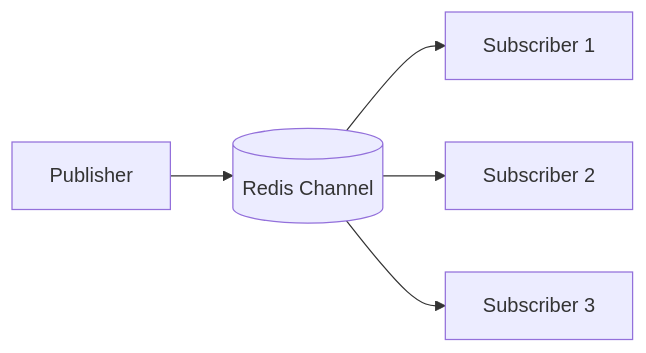
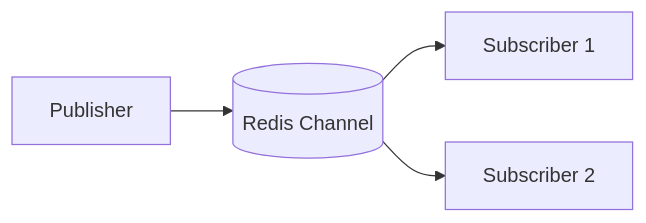
Before and after one commit to AvadhBhalodiya/Interview-Preparation: the third of 5 diagrams in src/content/caching/redis-use-cases.md, drawn with Mermaid. The commit also changed other lines of this file and 54 other files, not shown here.

````diff
--- a/src/content/caching/redis-use-cases.md
+++ b/src/content/caching/redis-use-cases.md
@@ -488,7 +290,6 @@
 ```mermaid
 flowchart LR
-    P[Publisher] --> C[(Redis Channel)]
-    C --> S1[Subscriber 1]
-    C --> S2[Subscriber 2]
-    C --> S3[Subscriber 3]
+    P[Publisher] --> R[(Redis Channel)]
+    R --> S1[Subscriber 1]
+    R --> S2[Subscriber 2]
 ```
````
